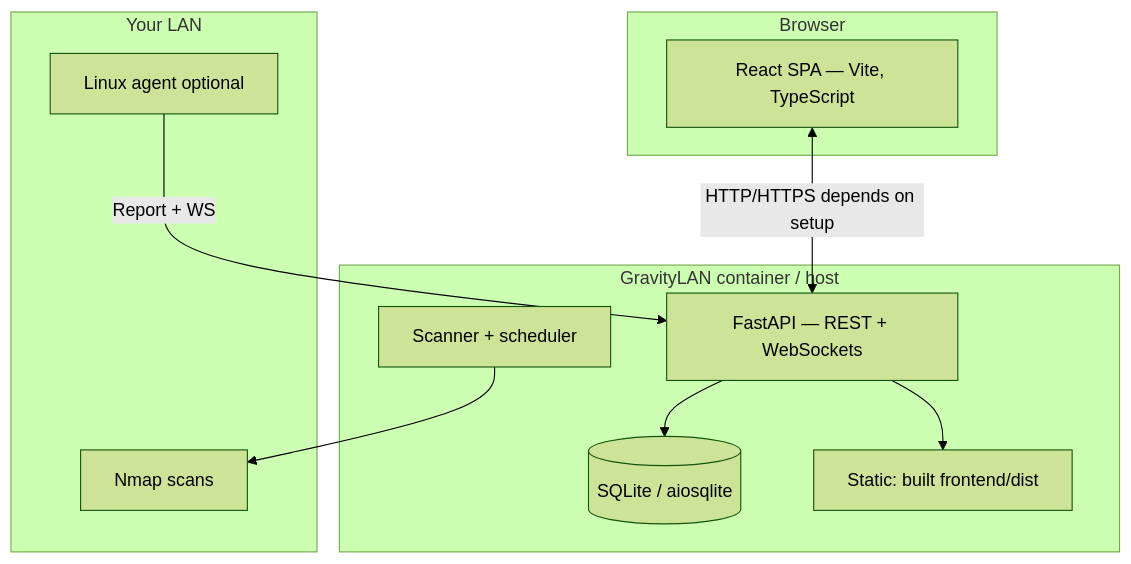
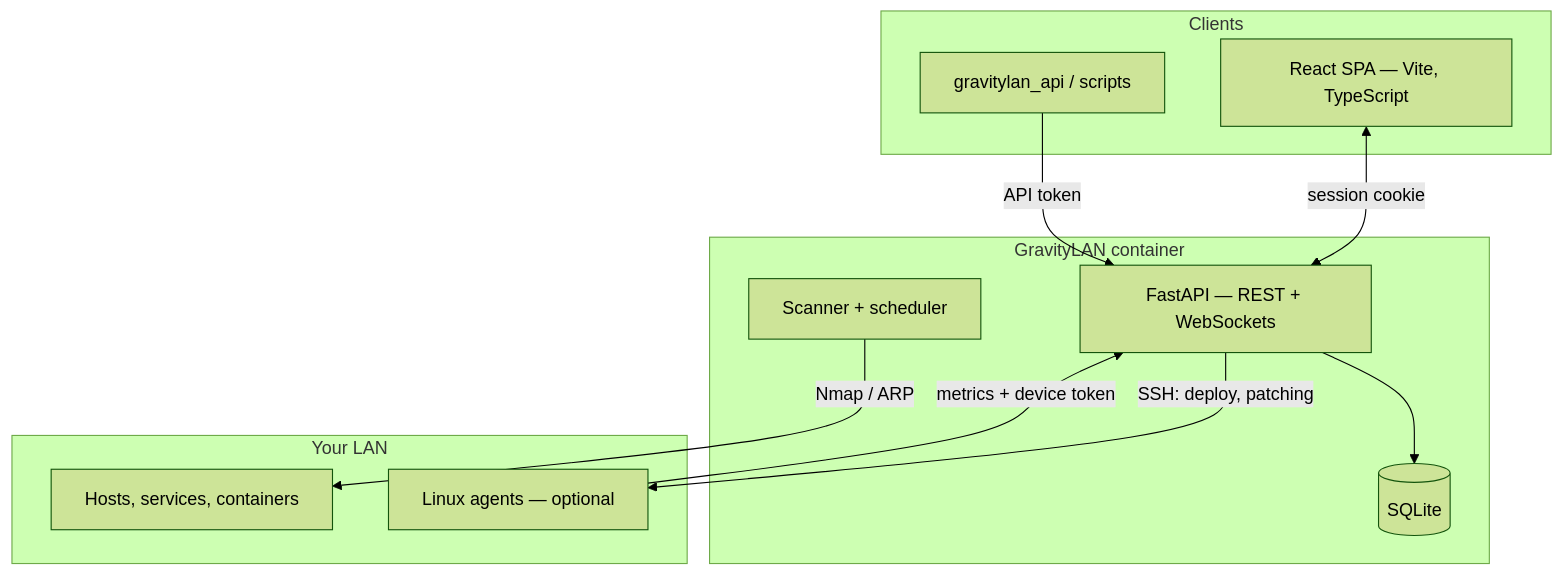
The first of 2 diagrams in README.md (SleeperXr/GravityLAN), drawn with Mermaid (forest theme) before and after one commit. The commit also changed other lines of this file, not shown here.

````diff
--- a/README.md
+++ b/README.md
@@ -79,21 +147,22 @@
 ```mermaid
 flowchart TB
-  subgraph client [Browser]
+  subgraph client [Clients]
     SPA[React SPA — Vite, TypeScript]
+    PY[gravitylan_api / scripts]
   end
-  subgraph server [GravityLAN container / host]
+  subgraph server [GravityLAN container]
     API[FastAPI — REST + WebSockets]
     SC[Scanner + scheduler]
-    DB[(SQLite / aiosqlite)]
-    ST[Static: built frontend/dist]
+    DB[(SQLite)]
   end
   subgraph lan [Your LAN]
-    NM[Nmap scans]
-    AG[Linux agent optional]
+    HOSTS[Hosts, services, containers]
+    AG[Linux agents — optional]
   end
-  SPA <-->|HTTP/HTTPS depends on setup| API
+  SPA <-->|session cookie| API
+  PY -->|API token| API
   API --> DB
-  API --> ST
-  SC --> NM
-  AG -->|Report + WS| API
+  SC -->|Nmap / ARP| HOSTS
+  AG -->|metrics + device token| API
+  API -->|SSH: deploy, patching| AG
 ```
````
